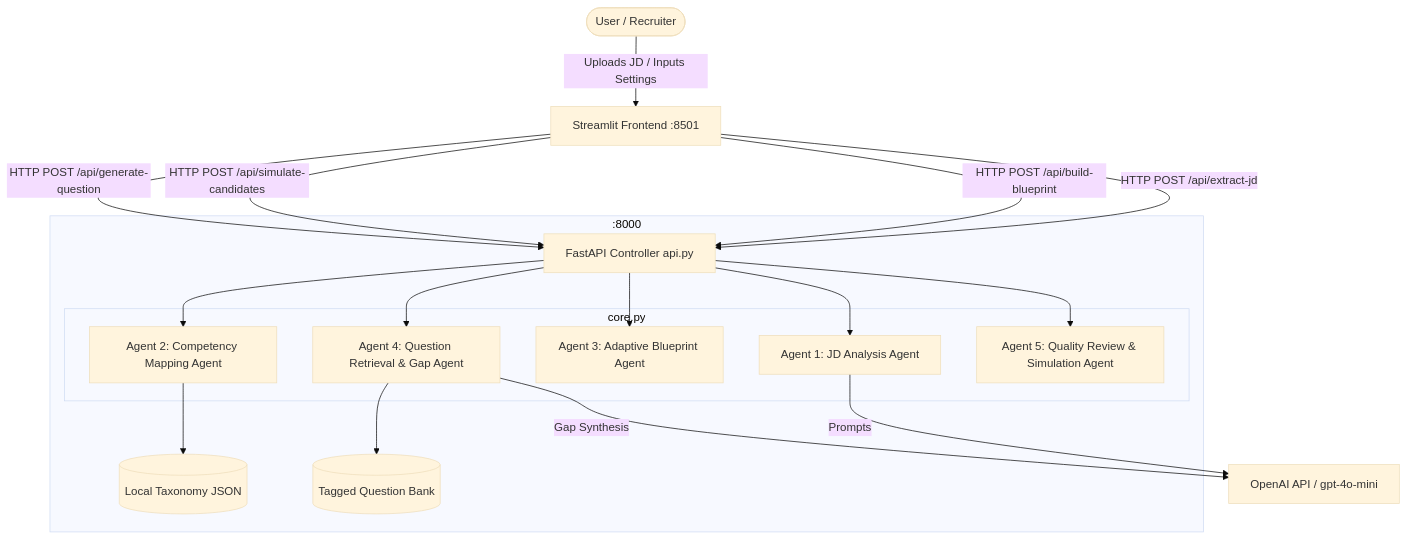
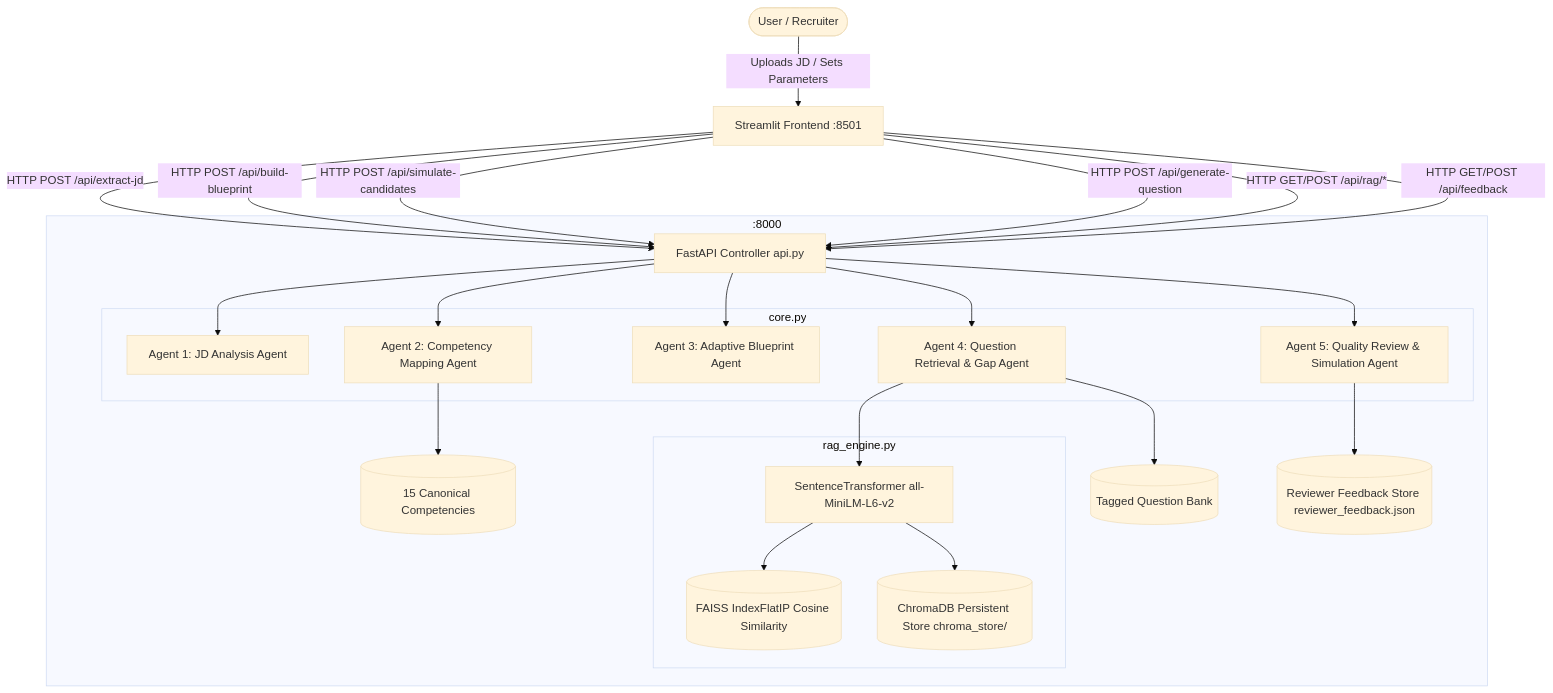
The diagram in DOCUMENTATION_AND_EVIDENCE.md (PrajwalItnal/Capstone), drawn with Mermaid (base theme) before and after one commit. The commit also changed other lines of this file and 7 other files, not shown here.

Commit message:
feat: complete RAG engine, explainability audit, and reviewer feedback loop

````diff
--- a/DOCUMENTATION_AND_EVIDENCE.md
+++ b/DOCUMENTATION_AND_EVIDENCE.md
@@ -15,35 +15,44 @@
 ```mermaid
 graph TD
-    User([User / Recruiter]) -->|Uploads JD / Inputs Settings| UI[Streamlit Frontend :8501]
+    User([User / Recruiter]) -->|Uploads JD / Sets Parameters| UI[Streamlit Frontend :8501]
     
     subgraph FastAPI Backend [:8000]
         API[FastAPI Controller api.py]
         
         subgraph Multi-Agent Orchestration Engine [core.py]
             Agent1[Agent 1: JD Analysis Agent]
             Agent2[Agent 2: Competency Mapping Agent]
             Agent3[Agent 3: Adaptive Blueprint Agent]
             Agent4[Agent 4: Question Retrieval & Gap Agent]
             Agent5[Agent 5: Quality Review & Simulation Agent]
         end
         
-        Taxonomy[(Local Taxonomy JSON)]
+        subgraph Local RAG Vector Engine [rag_engine.py]
+            Embedder[SentenceTransformer all-MiniLM-L6-v2]
+            FAISS[(FAISS IndexFlatIP Cosine Similarity)]
+            Chroma[(ChromaDB Persistent Store chroma_store/)]
+        end
+        
+        Taxonomy[(15 Canonical Competencies)]
         QBank[(Tagged Question Bank)]
+        Feedback[(Reviewer Feedback Store reviewer_feedback.json)]
     end
     
     UI -->|HTTP POST /api/extract-jd| API
     UI -->|HTTP POST /api/build-blueprint| API
     UI -->|HTTP POST /api/simulate-candidates| API
     UI -->|HTTP POST /api/generate-question| API
+    UI -->|HTTP GET/POST /api/rag/*| API
+    UI -->|HTTP GET/POST /api/feedback| API
     
     API --> Agent1
     API --> Agent2
     API --> Agent3
     API --> Agent4
     API --> Agent5
     
-    Agent1 -->|Prompts| LLM[OpenAI API / gpt-4o-mini]
     Agent2 --> Taxonomy
+    Agent4 --> Embedder --> FAISS & Chroma
     Agent4 --> QBank
-    Agent4 -->|Gap Synthesis| LLM
+    Agent5 --> Feedback
 ```
````
